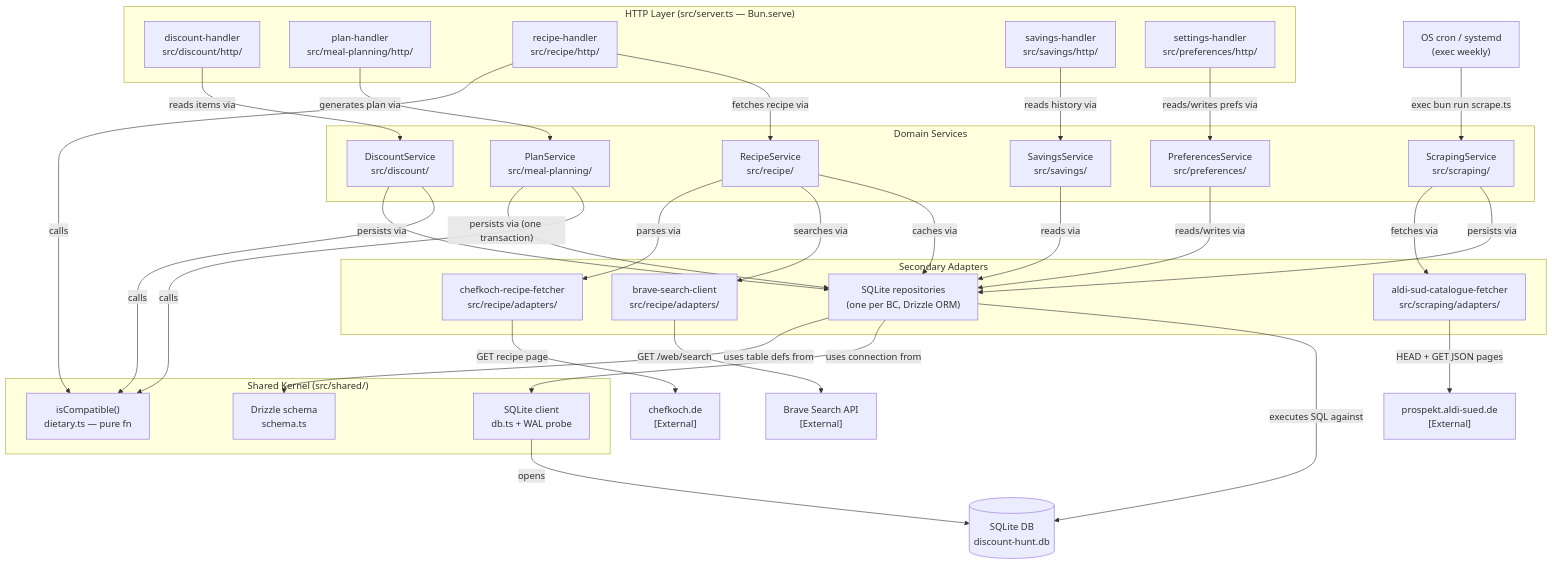
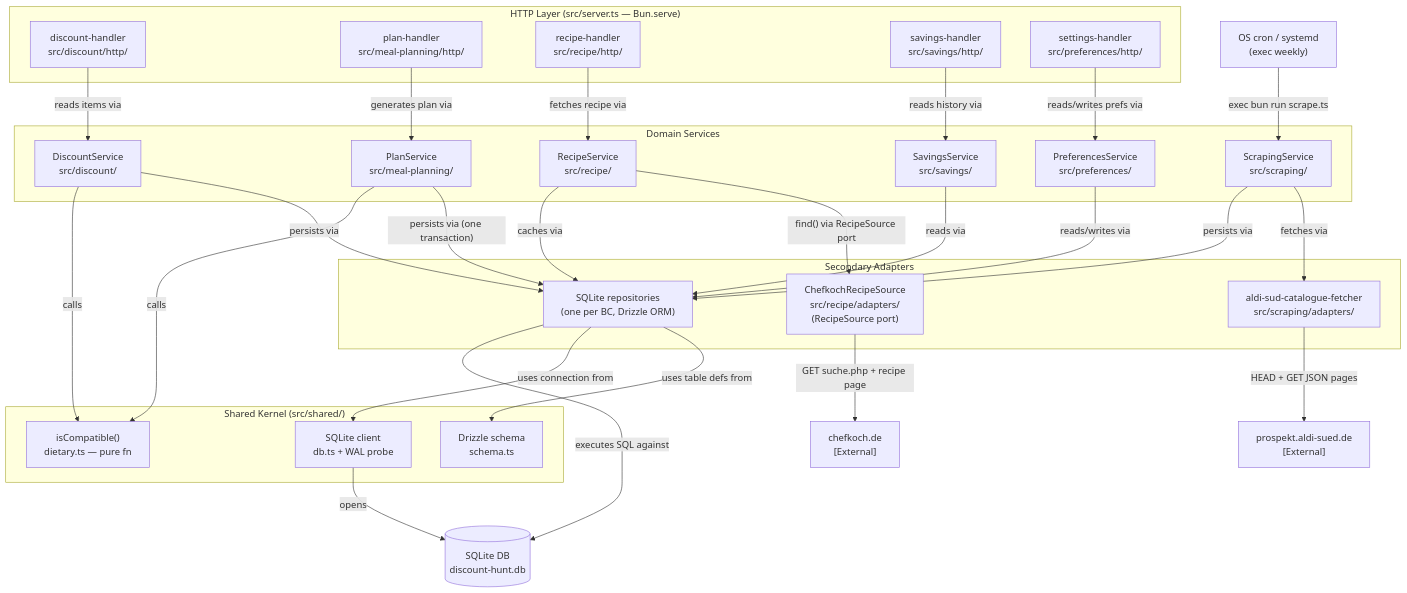
One commit to pehota/discount-hunt changed the fourth of 4 diagrams in docs/product/architecture/brief.md. Above: the diagram before and after it, drawn with Mermaid. The commit also changed other lines of this file and 6 other files, not shown here.

````diff
--- a/docs/product/architecture/brief.md
+++ b/docs/product/architecture/brief.md
@@ -603,70 +598,65 @@
 ```mermaid
 flowchart TB
     subgraph HTTP["HTTP Layer (src/server.ts — Bun.serve)"]
         DH["discount-handler\nsrc/discount/http/"]
         PH["plan-handler\nsrc/meal-planning/http/"]
         RH["recipe-handler\nsrc/recipe/http/"]
         SH["savings-handler\nsrc/savings/http/"]
         SetH["settings-handler\nsrc/preferences/http/"]
     end
 
     subgraph Domain["Domain Services"]
         DS["DiscountService\nsrc/discount/"]
         PS["PlanService\nsrc/meal-planning/"]
         RS["RecipeService\nsrc/recipe/"]
         SS["SavingsService\nsrc/savings/"]
         PrefS["PreferencesService\nsrc/preferences/"]
         Scraper["ScrapingService\nsrc/scraping/"]
     end
 
     subgraph Shared["Shared Kernel (src/shared/)"]
         DietaryFn["isCompatible()\ndietary.ts — pure fn"]
         Schema["Drizzle schema\nschema.ts"]
         DB["SQLite client\ndb.ts + WAL probe"]
     end
 
     subgraph Adapters["Secondary Adapters"]
         SQLRepos["SQLite repositories\n(one per BC, Drizzle ORM)"]
-        BraveClient["brave-search-client\nsrc/recipe/adapters/"]
-        ChefkochFetcher["chefkoch-recipe-fetcher\nsrc/recipe/adapters/"]
+        ChefkochSource["ChefkochRecipeSource\nsrc/recipe/adapters/\n(RecipeSource port)"]
         AldiAdapter["aldi-sud-catalogue-fetcher\nsrc/scraping/adapters/"]
     end
 
     CLI["OS cron / systemd\n(exec weekly)"]
     ExtSQLite[("SQLite DB\ndiscount-hunt.db")]
-    ExtBrave["Brave Search API\n[External]"]
     ExtChefkoch["chefkoch.de\n[External]"]
     ExtProspekt["prospekt.aldi-sued.de\n[External]"]
 
     DH -->|"reads items via"| DS
     PH -->|"generates plan via"| PS
     RH -->|"fetches recipe via"| RS
     SH -->|"reads history via"| SS
     SetH -->|"reads/writes prefs via"| PrefS
 
     DS -->|"calls"| DietaryFn
     PS -->|"calls"| DietaryFn
-    RH -->|"calls"| DietaryFn
 
     DS -->|"persists via"| SQLRepos
     PS -->|"persists via (one transaction)"| SQLRepos
     RS -->|"caches via"| SQLRepos
     SS -->|"reads via"| SQLRepos
     PrefS -->|"reads/writes via"| SQLRepos
     Scraper -->|"persists via"| SQLRepos
 
-    RS -->|"searches via"| BraveClient
-    RS -->|"parses via"| ChefkochFetcher
+    RS -->|"find() via RecipeSource port"| ChefkochSource
     Scraper -->|"fetches via"| AldiAdapter
 
     SQLRepos -->|"executes SQL against"| ExtSQLite
-    BraveClient -->|"GET /web/search"| ExtBrave
-    ChefkochFetcher -->|"GET recipe page"| ExtChefkoch
+    ChefkochSource -->|"GET suche.php + recipe page"| ExtChefkoch
     AldiAdapter -->|"HEAD + GET JSON pages"| ExtProspekt
 
     CLI -->|"exec bun run scrape.ts"| Scraper
 
     DB -->|"opens"| ExtSQLite
     SQLRepos -->|"uses connection from"| DB
     SQLRepos -->|"uses table defs from"| Schema
 ```
````
